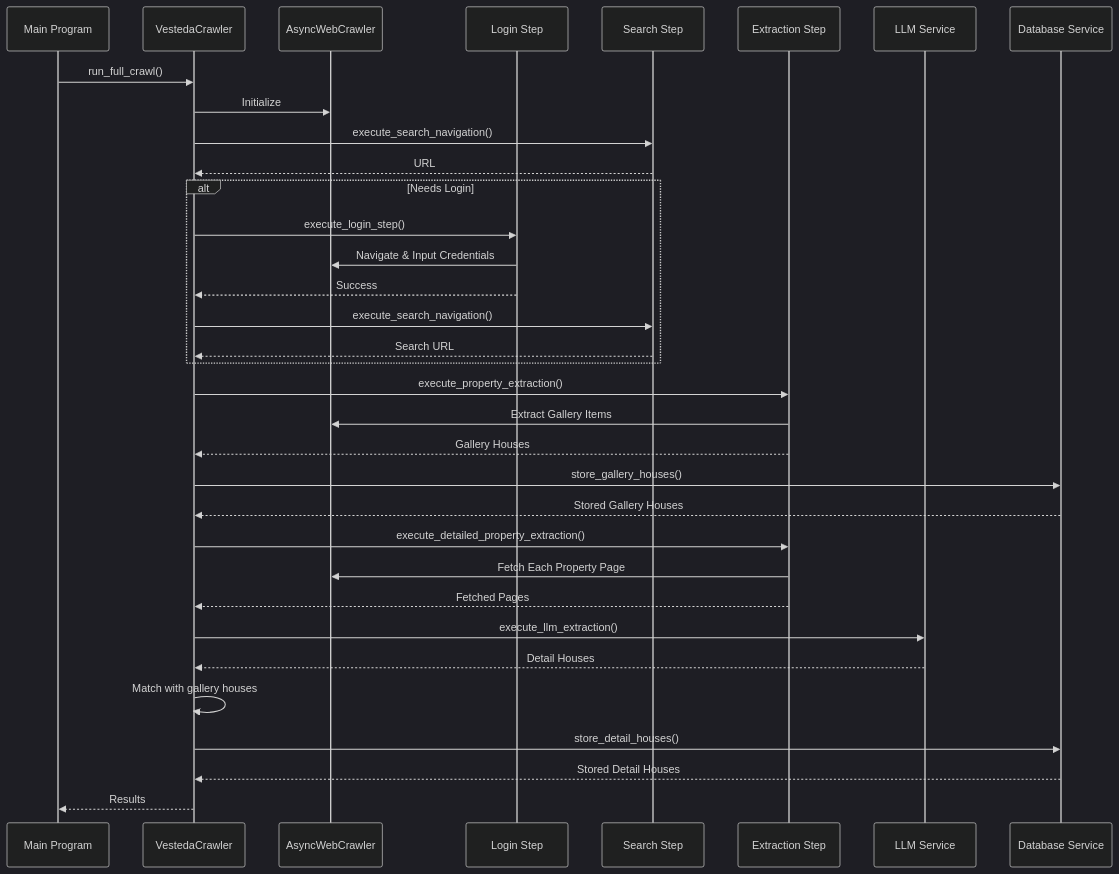
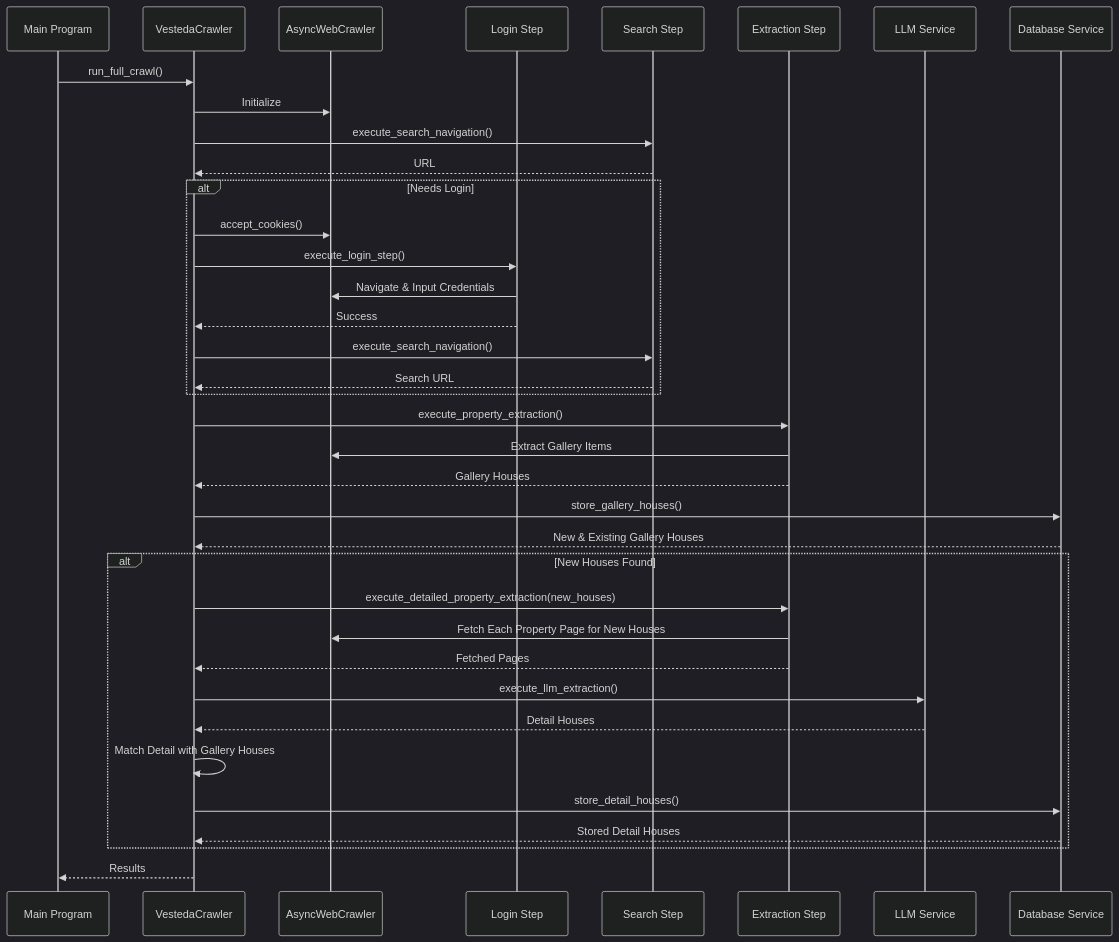
Before and after one commit to Darkshadenl/cursor_steal_house: the diagram in docs/architecture.md, drawn with Mermaid (dark theme). The commit also changed other lines of this file and 9 other files, not shown here.

````diff
--- a/docs/architecture.md
+++ b/docs/architecture.md
@@ -38,44 +5,47 @@
 ```mermaid
 sequenceDiagram
     participant Main as Main Program
     participant Crawler as VestedaCrawler
     participant Browser as AsyncWebCrawler
     participant LoginStep as Login Step
     participant SearchStep as Search Step
     participant ExtractStep as Extraction Step
     participant LLM as LLM Service
     participant DB as Database Service
     
     Main ->> Crawler: run_full_crawl()
     Crawler ->> Browser: Initialize
     Crawler ->> SearchStep: execute_search_navigation()
     SearchStep -->> Crawler: URL
     
     alt Needs Login
+        Crawler ->> Browser: accept_cookies()
         Crawler ->> LoginStep: execute_login_step()
         LoginStep ->> Browser: Navigate & Input Credentials
         LoginStep -->> Crawler: Success
         Crawler ->> SearchStep: execute_search_navigation()
         SearchStep -->> Crawler: Search URL
     end
     
     Crawler ->> ExtractStep: execute_property_extraction()
     ExtractStep ->> Browser: Extract Gallery Items
     ExtractStep -->> Crawler: Gallery Houses
     
     Crawler ->> DB: store_gallery_houses()
-    DB -->> Crawler: Stored Gallery Houses
+    DB -->> Crawler: New & Existing Gallery Houses
     
-    Crawler ->> ExtractStep: execute_detailed_property_extraction()
-    ExtractStep ->> Browser: Fetch Each Property Page
-    ExtractStep -->> Crawler: Fetched Pages
-    
-    Crawler ->> LLM: execute_llm_extraction()
-    LLM -->> Crawler: Detail Houses
-    
-    Crawler ->> Crawler: Match with gallery houses
-    Crawler ->> DB: store_detail_houses()
-    DB -->> Crawler: Stored Detail Houses
+    alt New Houses Found
+        Crawler ->> ExtractStep: execute_detailed_property_extraction(new_houses)
+        ExtractStep ->> Browser: Fetch Each Property Page for New Houses
+        ExtractStep -->> Crawler: Fetched Pages
+
+        Crawler ->> LLM: execute_llm_extraction()
+        LLM -->> Crawler: Detail Houses
+
+        Crawler ->> Crawler: Match Detail with Gallery Houses
+        Crawler ->> DB: store_detail_houses()
+        DB -->> Crawler: Stored Detail Houses
+    end
     
     Crawler -->> Main: Results
 ```
````
